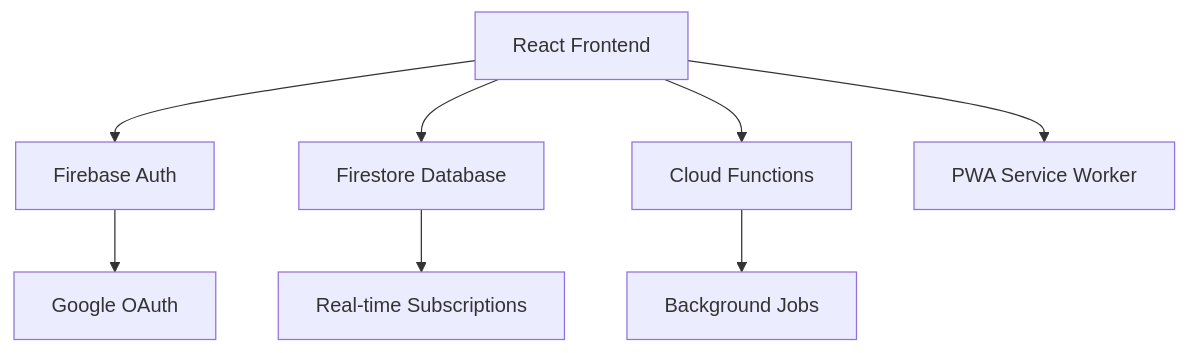
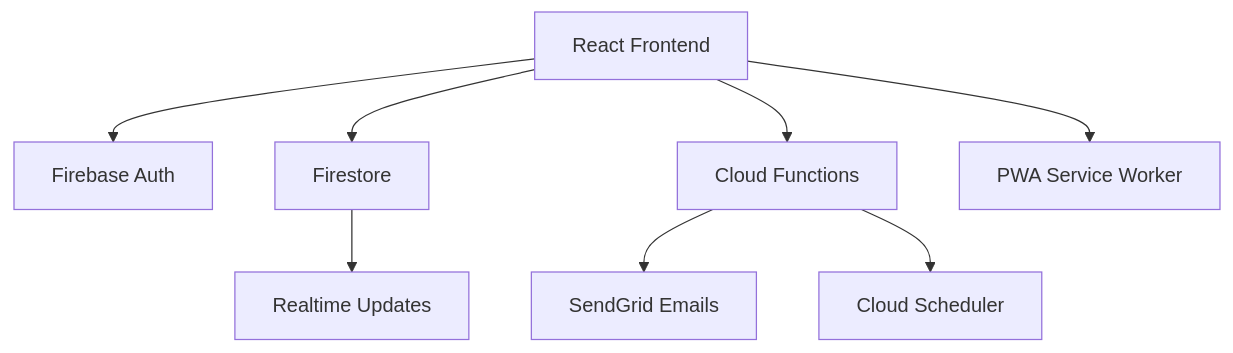
Before and after one commit to tbailey1712/mcduck-bank: the diagram in README.md, drawn with Mermaid. The commit also changed other lines of this file, not shown here.

````diff
--- a/README.md
+++ b/README.md
@@ -35,10 +35,10 @@
 ```mermaid
-graph TB
+graph TD
     A[React Frontend] --> B[Firebase Auth]
-    A --> C[Firestore Database]
+    A --> C[Firestore]
     A --> D[Cloud Functions]
-    B --> E[Google OAuth]
-    C --> F[Real-time Subscriptions]
-    D --> G[Background Jobs]
+    D --> E[SendGrid Emails]
+    D --> F[Cloud Scheduler]
+    C --> G[Realtime Updates]
     A --> H[PWA Service Worker]
 ```
````
